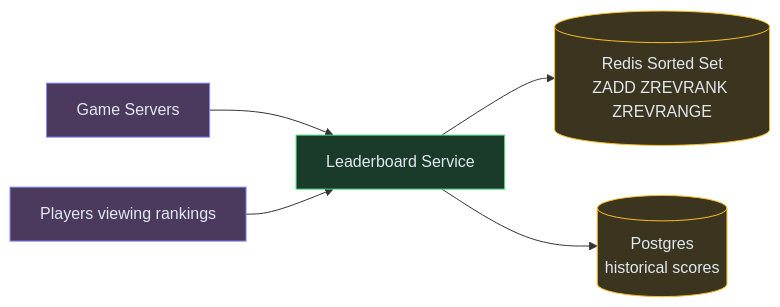
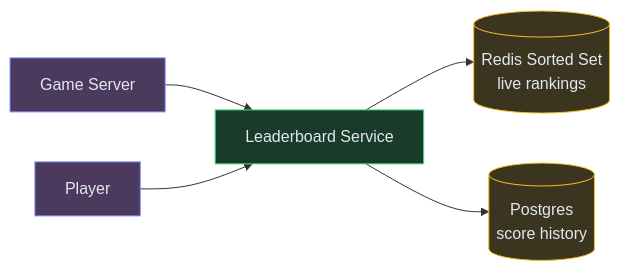
One commit to iluzn/HLD-Designs changed the fourth of 7 diagrams in content/hld/Leaderboard.md. Above: the diagram before and after it, drawn with Mermaid. The commit also changed other lines of this file and 1 other file, not shown here.

````diff
--- a/content/hld/Leaderboard.md
+++ b/content/hld/Leaderboard.md
@@ -116,17 +207,17 @@
 ```mermaid
 flowchart LR
-    GAME["Game Servers"]:::client
+    GAME["Game Server"]:::client
     API["Leaderboard Service"]:::service
-    REDIS[("Redis Sorted Set<br/>ZADD ZREVRANK ZREVRANGE")]:::data
-    DB[("Postgres<br/>historical scores")]:::data
-    USER["Players viewing rankings"]:::client
+    REDIS[("Redis Sorted Set<br/>live rankings")]:::data
+    DB[("Postgres<br/>score history")]:::data
+    USER["Player"]:::client
 
     GAME --> API
     API --> REDIS
     API --> DB
     USER --> API
 
     classDef client fill:#4c3a5e,stroke:#818cf8,color:#e2e8f0
     classDef service fill:#1a3a2a,stroke:#4ade80,color:#e2e8f0
     classDef data fill:#3b3520,stroke:#fbbf24,color:#e2e8f0
 ```
````
